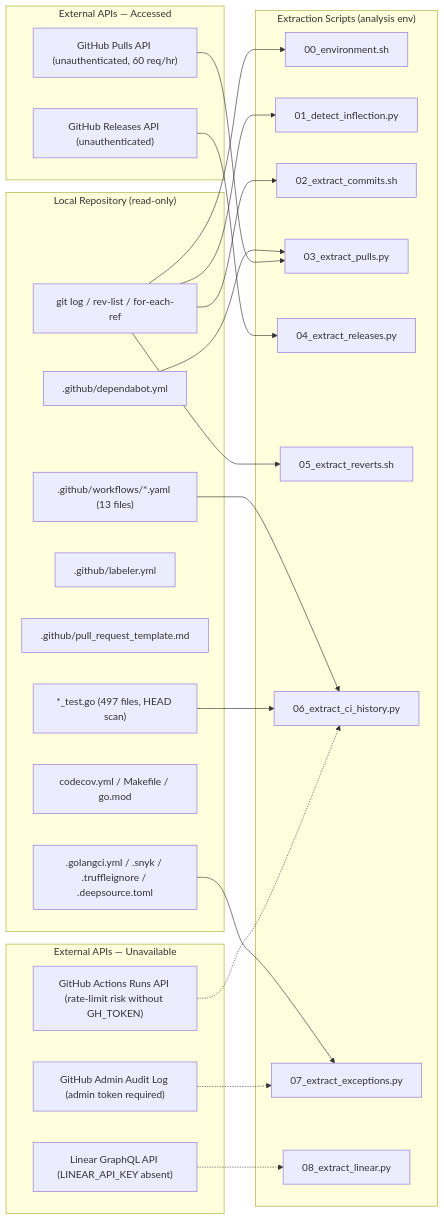
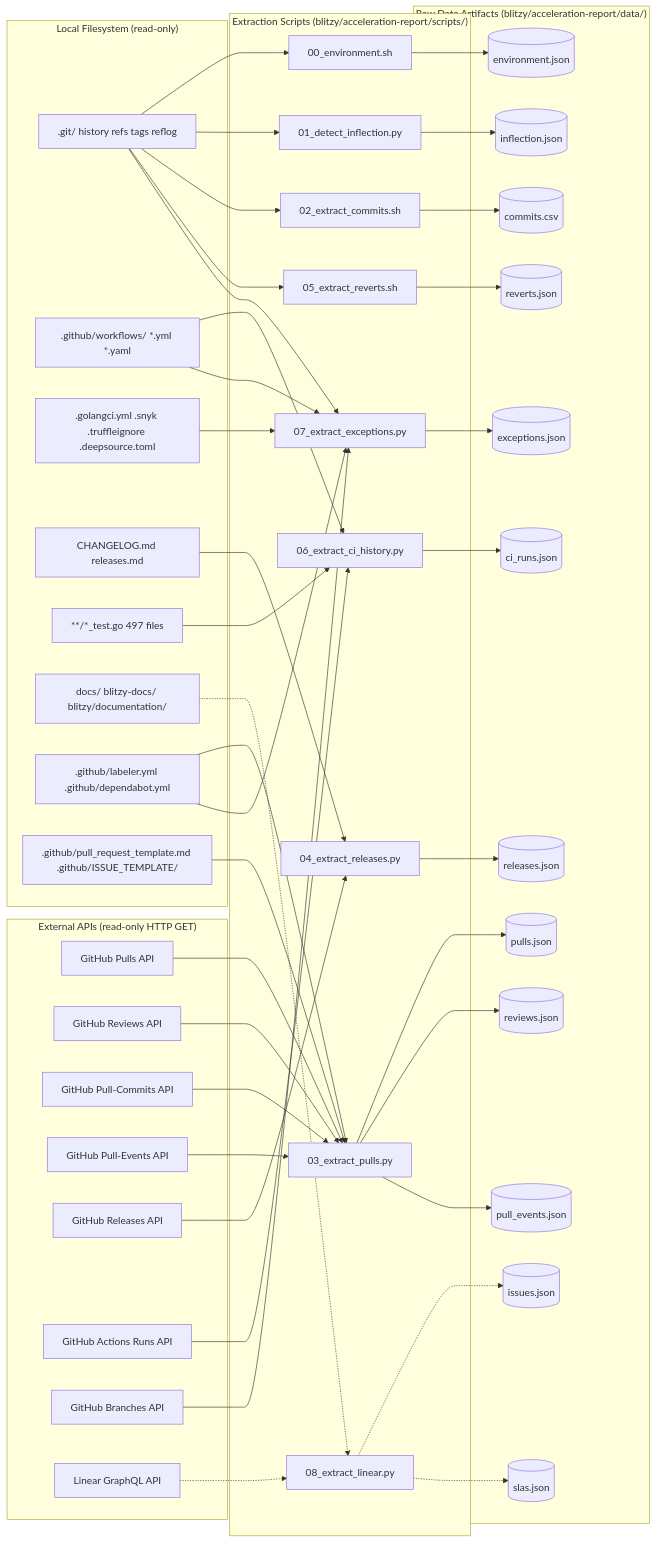
Before and after one commit to Blitzy-Sandbox/blitzy-RudderStack: the first of 4 diagrams in blitzy/acceleration-report/acceleration-report.md, drawn with Mermaid. The commit also changed other lines of this file and 2 other files, not shown here.

````diff
--- a/blitzy/acceleration-report/acceleration-report.md
+++ b/blitzy/acceleration-report/acceleration-report.md
@@ -99,50 +107,94 @@
 ```mermaid
+%% Title: Data Source Topology
+%% Legend:
+%%   Solid arrows (-->)   = primary data flow into extraction scripts
+%%   Dotted arrows (-.->) = optional / fallback paths (Linear without LINEAR_API_KEY,
+%%                          admin audit log without admin access, JUnit XML when absent)
+%%   Plain rectangles     = read-only data sources (external APIs or local files)
+%%   Rounded rectangles   = extraction scripts under blitzy/acceleration-report/scripts/
+%%   Cylinders ([(...)])  = raw data artifacts under blitzy/acceleration-report/data/
+%%   Subgraphs            = data-source modality (External APIs vs Local Filesystem)
+%%                          and downstream stages (Extraction Scripts vs Raw Data Sinks)
+%%   Mirrors AAP §0.2.1 Data Source Inventory.
+%%   All data flow is READ-ONLY: scripts perform HTTP GET only; no POST/PUT/PATCH/DELETE.
 flowchart LR
-    subgraph LOCAL["Local Repository (read-only)"]
-        L1["git log / rev-list / for-each-ref"]
-        L2[".github/workflows/*.yaml (13 files)"]
-        L3[".github/dependabot.yml"]
-        L4[".github/labeler.yml"]
-        L5[".github/pull_request_template.md"]
-        L6[".golangci.yml / .snyk / .truffleignore / .deepsource.toml"]
-        L7["codecov.yml / Makefile / go.mod"]
-        L8["*_test.go (497 files, HEAD scan)"]
+    subgraph EXT["External APIs (read-only HTTP GET)"]
+        API1[GitHub Pulls API]
+        API2[GitHub Reviews API]
+        API3[GitHub Pull-Commits API]
+        API4[GitHub Pull-Events API]
+        API5[GitHub Releases API]
+        API6[GitHub Actions Runs API]
+        API7[GitHub Branches API]
+        API8[Linear GraphQL API]
     end
-
-    subgraph EXTERNAL_AVAIL["External APIs — Accessed"]
-        E1["GitHub Pulls API (unauthenticated, 60 req/hr)"]
-        E2["GitHub Releases API (unauthenticated)"]
+    subgraph LOCAL["Local Filesystem (read-only)"]
+        F1[".git/ history refs tags reflog"]
+        F2[".github/workflows/ *.yml *.yaml"]
+        F3[".golangci.yml .snyk .truffleignore .deepsource.toml"]
+        F4["CHANGELOG.md releases.md"]
+        F5["**/*_test.go 497 files"]
+        F6["docs/ blitzy-docs/ blitzy/documentation/"]
+        F7[".github/labeler.yml .github/dependabot.yml"]
+        F8[".github/pull_request_template.md .github/ISSUE_TEMPLATE/"]
     end
-
-    subgraph EXTERNAL_UNAVAIL["External APIs — Unavailable"]
-        U1["Linear GraphQL API (LINEAR_API_KEY absent)"]
-        U2["GitHub Actions Runs API (rate-limit risk without GH_TOKEN)"]
-        U3["GitHub Admin Audit Log (admin token required)"]
+    subgraph SCRIPTS["Extraction Scripts (blitzy/acceleration-report/scripts/)"]
+        S0[00_environment.sh]
+        S1[01_detect_inflection.py]
+        S2[02_extract_commits.sh]
+        S3[03_extract_pulls.py]
+        S4[04_extract_releases.py]
+        S5[05_extract_reverts.sh]
+        S6[06_extract_ci_history.py]
+        S7[07_extract_exceptions.py]
+        S8[08_extract_linear.py]
     end
-
-    subgraph SCRIPTS["Extraction Scripts (analysis env)"]
-        S1["00_environment.sh"]
-        S2["01_detect_inflection.py"]
-        S3["02_extract_commits.sh"]
-        S4["03_extract_pulls.py"]
-        S5["04_extract_releases.py"]
-        S6["05_extract_reverts.sh"]
-        S7["06_extract_ci_history.py"]
-        S8["07_extract_exceptions.py"]
-        S9["08_extract_linear.py"]
+    subgraph SINKS["Raw Data Artifacts (blitzy/acceleration-report/data/)"]
+        D1[(environment.json)]
+        D2[(inflection.json)]
+        D3[(commits.csv)]
+        D4[(pulls.json)]
+        D5[(reviews.json)]
+        D6[(pull_events.json)]
+        D7[(releases.json)]
+        D8[(reverts.json)]
+        D9[(ci_runs.json)]
+        D10[(exceptions.json)]
+        D11[(issues.json)]
+        D12[(slas.json)]
     end
-
-    L1 --> S1
-    L1 --> S2
-    L1 --> S3
-    L1 --> S6
-    L2 --> S7
-    L3 --> S4
-    L6 --> S8
-    L8 --> S7
-    E1 --> S4
-    E2 --> S5
-    U1 -.-> S9
-    U2 -.-> S7
-    U3 -.-> S8
+    F1 --> S0
+    F1 --> S1
+    F1 --> S2
+    F1 --> S5
+    F1 --> S7
+    F2 --> S6
+    F2 --> S7
+    F3 --> S7
+    F4 --> S4
+    F5 --> S6
+    F6 -.-> S8
+    F7 --> S3
+    F7 --> S7
+    F8 --> S3
+    API1 --> S3
+    API2 --> S3
+    API3 --> S3
+    API4 --> S3
+    API5 --> S4
+    API6 --> S6
+    API7 --> S7
+    API8 -.-> S8
+    S0 --> D1
+    S1 --> D2
+    S2 --> D3
+    S3 --> D4
+    S3 --> D5
+    S3 --> D6
+    S4 --> D7
+    S5 --> D8
+    S6 --> D9
+    S7 --> D10
+    S8 -.-> D11
+    S8 -.-> D12
 ```
````
